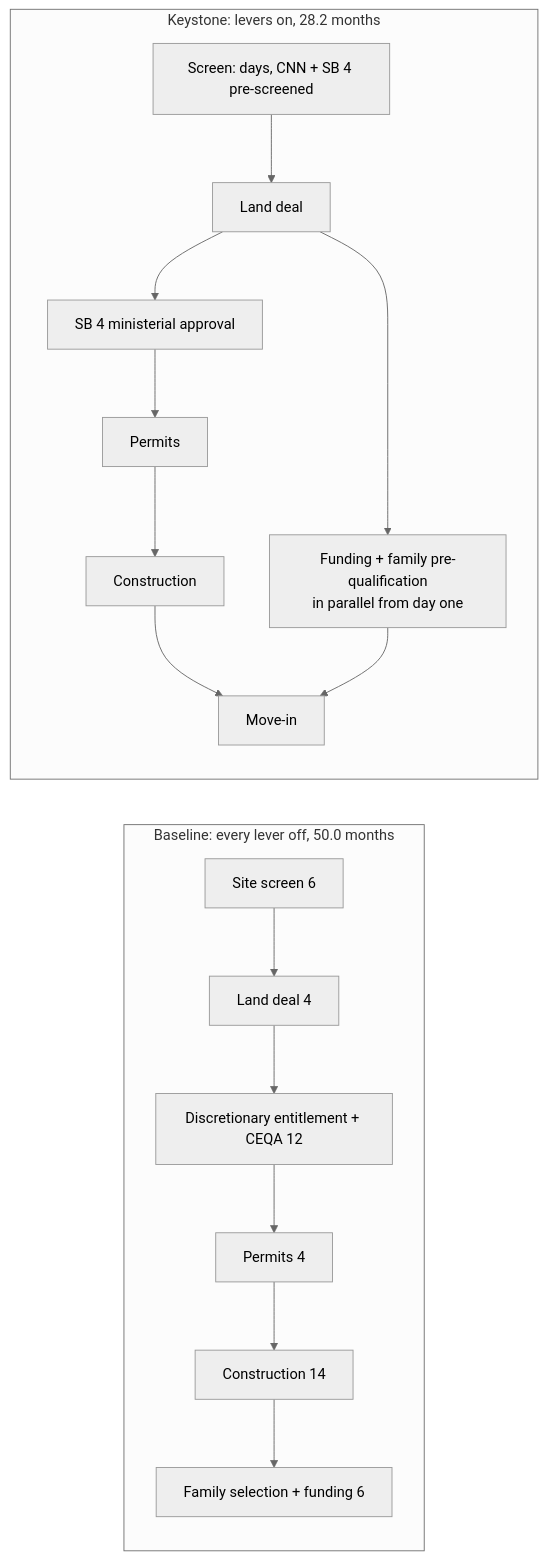
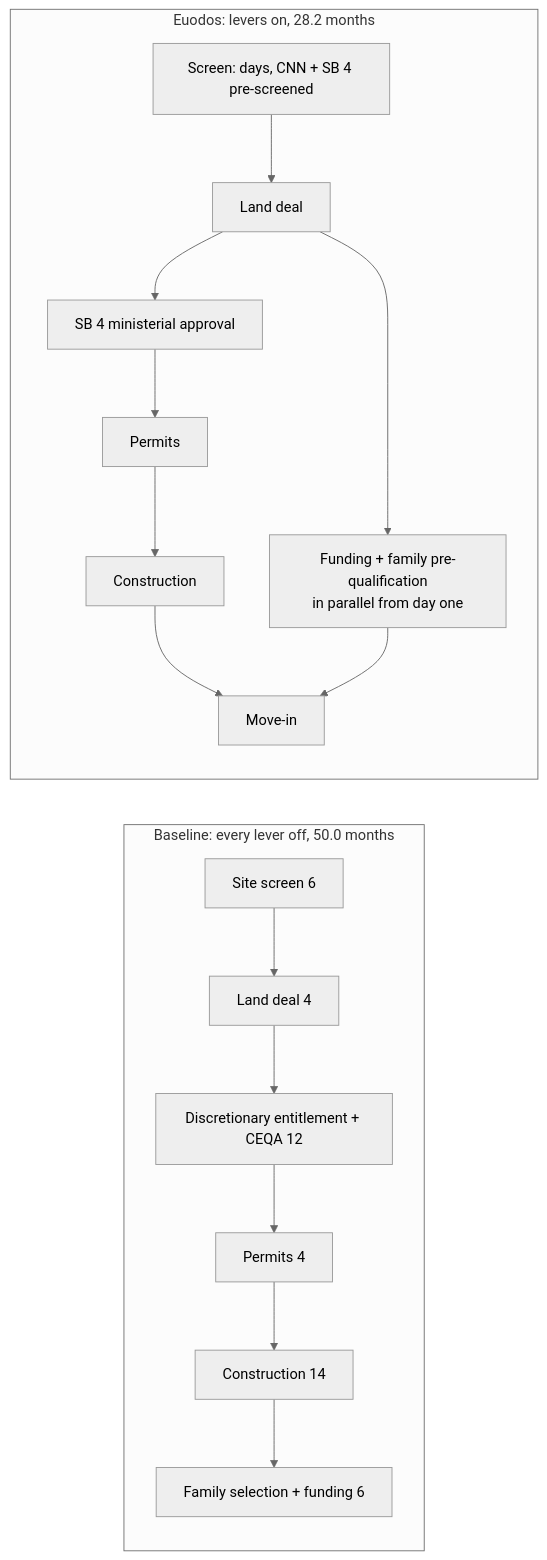
Before and after one commit to MaranZeal678/euodos-habitat-oc: the fifth of 10 diagrams in docs/ARCHITECTURE.md, drawn with Mermaid (neutral theme). The commit also changed other lines of this file and 38 other files, not shown here.

````diff
--- a/docs/ARCHITECTURE.md
+++ b/docs/ARCHITECTURE.md
@@ -166,11 +166,11 @@
 ```mermaid
 flowchart LR
   subgraph baseline[Baseline: every lever off, 50.0 months]
     s0[Site screen 6] --> l0[Land deal 4] --> e0[Discretionary entitlement + CEQA 12] --> p0[Permits 4] --> c0[Construction 14] --> f0[Family selection + funding 6]
   end
-  subgraph keystone[Keystone: levers on, 28.2 months]
+  subgraph keystone[Euodos: levers on, 28.2 months]
     s1[Screen: days, CNN + SB 4 pre-screened] --> l1[Land deal]
     l1 --> e1[SB 4 ministerial approval] --> p1[Permits] --> c1[Construction] --> m1[Move-in]
     l1 --> f1[Funding + family pre-qualification<br/>in parallel from day one] --> m1
   end
 ```
````
